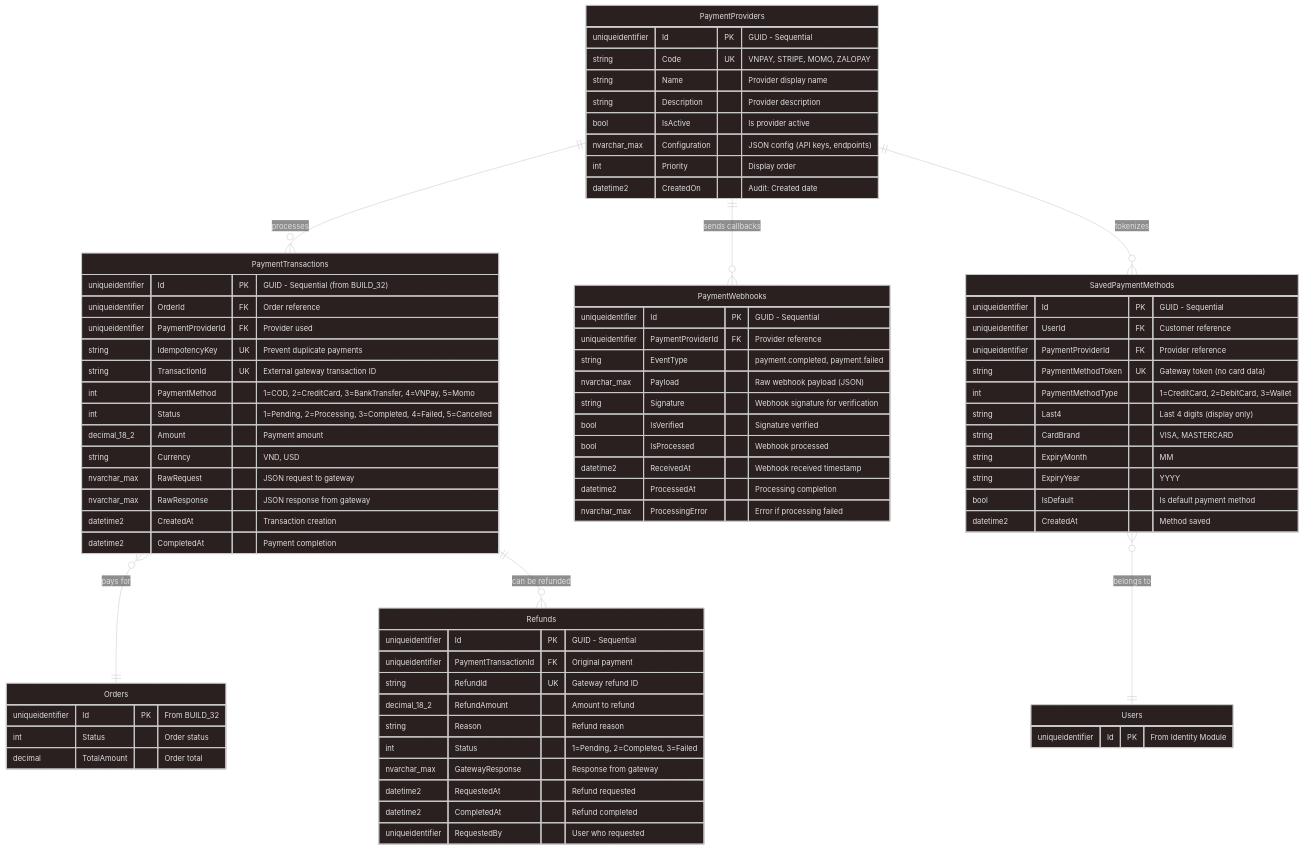
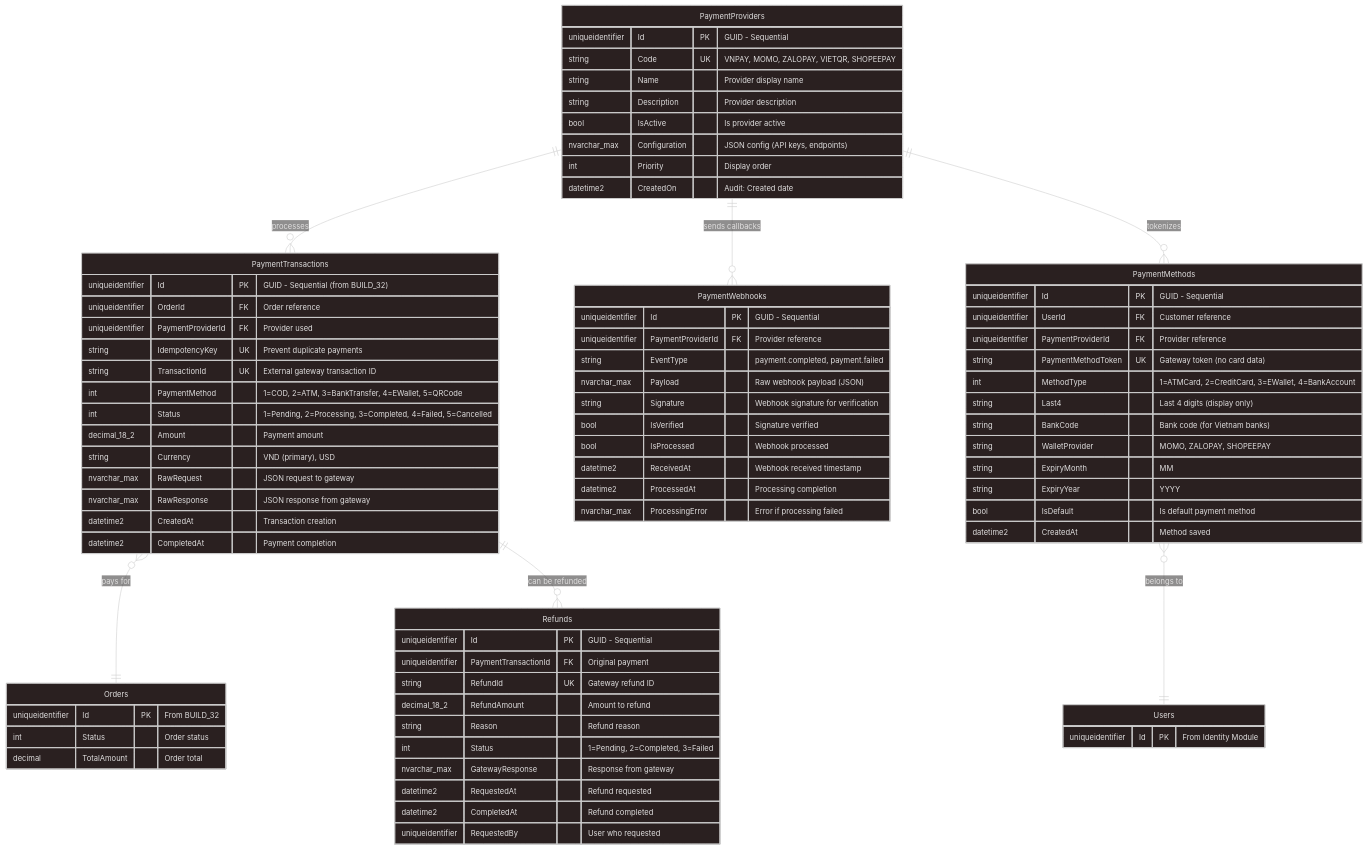
One commit to nuocftraik/eco changed the diagram in src/Host/Host/docs/BUILD_34_Database_Design_Payment_Gateway_Integration.md. Above: the diagram before and after it, drawn with Mermaid. The commit also changed other lines of this file and 6 other files, not shown here.

Commit message:
Update readme [Integrate payment gateway]

````diff
--- a/src/Host/Host/docs/BUILD_34_Database_Design_Payment_Gateway_Integration.md
+++ b/src/Host/Host/docs/BUILD_34_Database_Design_Payment_Gateway_Integration.md
@@ -75,76 +216,77 @@
     
     PaymentProviders {
         uniqueidentifier Id PK "GUID - Sequential"
-        string Code UK "VNPAY, STRIPE, MOMO, ZALOPAY"
+        string Code UK "VNPAY, MOMO, ZALOPAY, VIETQR, SHOPEEPAY"
         string Name "Provider display name"
-string Description "Provider description"
-        bool IsActive "Is provider active"
-nvarchar_max Configuration "JSON config (API keys, endpoints)"
-        int Priority "Display order"
+     string Description "Provider description"
+  bool IsActive "Is provider active"
+        nvarchar_max Configuration "JSON config (API keys, endpoints)"
+      int Priority "Display order"
         datetime2 CreatedOn "Audit: Created date"
     }
     
     PaymentTransactions {
-        uniqueidentifier Id PK "GUID - Sequential (from BUILD_32)"
-        uniqueidentifier OrderId FK "Order reference"
-uniqueidentifier PaymentProviderId FK "Provider used"
-      string IdempotencyKey UK "Prevent duplicate payments"
+ uniqueidentifier Id PK "GUID - Sequential (from BUILD_32)"
+   uniqueidentifier OrderId FK "Order reference"
+    uniqueidentifier PaymentProviderId FK "Provider used"
+        string IdempotencyKey UK "Prevent duplicate payments"
         string TransactionId UK "External gateway transaction ID"
-     int PaymentMethod "1=COD, 2=CreditCard, 3=BankTransfer, 4=VNPay, 5=Momo"
-        int Status "1=Pending, 2=Processing, 3=Completed, 4=Failed, 5=Cancelled"
+        int PaymentMethod "1=COD, 2=ATM, 3=BankTransfer, 4=EWallet, 5=QRCode"
+ int Status "1=Pending, 2=Processing, 3=Completed, 4=Failed, 5=Cancelled"
         decimal_18_2 Amount "Payment amount"
-   string Currency "VND, USD"
+   string Currency "VND (primary), USD"
         nvarchar_max RawRequest "JSON request to gateway"
-     nvarchar_max RawResponse "JSON response from gateway"
-      datetime2 CreatedAt "Transaction creation"
-      datetime2 CompletedAt "Payment completion"
-    }
+        nvarchar_max RawResponse "JSON response from gateway"
+        datetime2 CreatedAt "Transaction creation"
+        datetime2 CompletedAt "Payment completion"
+  }
     
     PaymentWebhooks {
       uniqueidentifier Id PK "GUID - Sequential"
         uniqueidentifier PaymentProviderId FK "Provider reference"
-  string EventType "payment.completed, payment.failed"
+        string EventType "payment.completed, payment.failed"
         nvarchar_max Payload "Raw webhook payload (JSON)"
-    string Signature "Webhook signature for verification"
+  string Signature "Webhook signature for verification"
         bool IsVerified "Signature verified"
-        bool IsProcessed "Webhook processed"
-     datetime2 ReceivedAt "Webhook received timestamp"
-     datetime2 ProcessedAt "Processing completion"
-    nvarchar_max ProcessingError "Error if processing failed"
+   bool IsProcessed "Webhook processed"
+   datetime2 ReceivedAt "Webhook received timestamp"
+        datetime2 ProcessedAt "Processing completion"
+        nvarchar_max ProcessingError "Error if processing failed"
     }
     
     Refunds {
         uniqueidentifier Id PK "GUID - Sequential"
         uniqueidentifier PaymentTransactionId FK "Original payment"
-      string RefundId UK "Gateway refund ID"
+        string RefundId UK "Gateway refund ID"
         decimal_18_2 RefundAmount "Amount to refund"
-string Reason "Refund reason"
+        string Reason "Refund reason"
         int Status "1=Pending, 2=Completed, 3=Failed"
         nvarchar_max GatewayResponse "Response from gateway"
         datetime2 RequestedAt "Refund requested"
-    datetime2 CompletedAt "Refund completed"
-        uniqueidentifier RequestedBy "User who requested"
-}
+        datetime2 CompletedAt "Refund completed"
+    uniqueidentifier RequestedBy "User who requested"
+    }
     
-    SavedPaymentMethods {
-  uniqueidentifier Id PK "GUID - Sequential"
+    PaymentMethods {
+        uniqueidentifier Id PK "GUID - Sequential"
         uniqueidentifier UserId FK "Customer reference"
-        uniqueidentifier PaymentProviderId FK "Provider reference"
+   uniqueidentifier PaymentProviderId FK "Provider reference"
         string PaymentMethodToken UK "Gateway token (no card data)"
-        int PaymentMethodType "1=CreditCard, 2=DebitCard, 3=Wallet"
-        string Last4 "Last 4 digits (display only)"
-        string CardBrand "VISA, MASTERCARD"
-        string ExpiryMonth "MM"
+        int MethodType "1=ATMCard, 2=CreditCard, 3=EWallet, 4=BankAccount"
+  string Last4 "Last 4 digits (display only)"
+        string BankCode "Bank code (for Vietnam banks)"
+   string WalletProvider "MOMO, ZALOPAY, SHOPEEPAY"
+    string ExpiryMonth "MM"
         string ExpiryYear "YYYY"
-     bool IsDefault "Is default payment method"
+        bool IsDefault "Is default payment method"
         datetime2 CreatedAt "Method saved"
     }
     
     Orders {
-      uniqueidentifier Id PK "From BUILD_32"
-      int Status "Order status"
+        uniqueidentifier Id PK "From BUILD_32"
+        int Status "Order status"
         decimal TotalAmount "Order total"
-    }
+  }
     
     Users {
         uniqueidentifier Id PK "From Identity Module"
@@ -152,8 +294,8 @@
     
     PaymentProviders ||--o{ PaymentTransactions : "processes"
     PaymentProviders ||--o{ PaymentWebhooks : "sends callbacks"
-    PaymentProviders ||--o{ SavedPaymentMethods : "tokenizes"
+    PaymentProviders ||--o{ PaymentMethods : "tokenizes"
     PaymentTransactions }o--|| Orders : "pays for"
     PaymentTransactions ||--o{ Refunds : "can be refunded"
-    SavedPaymentMethods }o--|| Users : "belongs to"
+    PaymentMethods }o--|| Users : "belongs to"              
 ```
````
